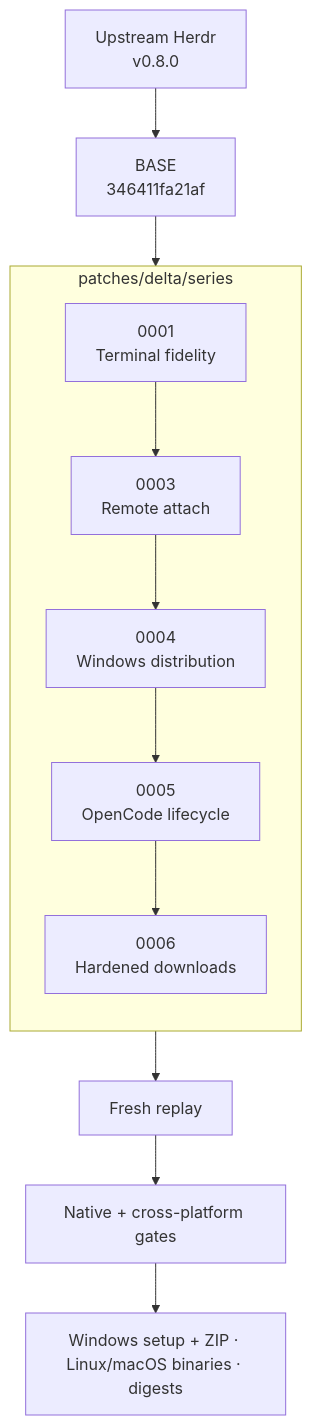
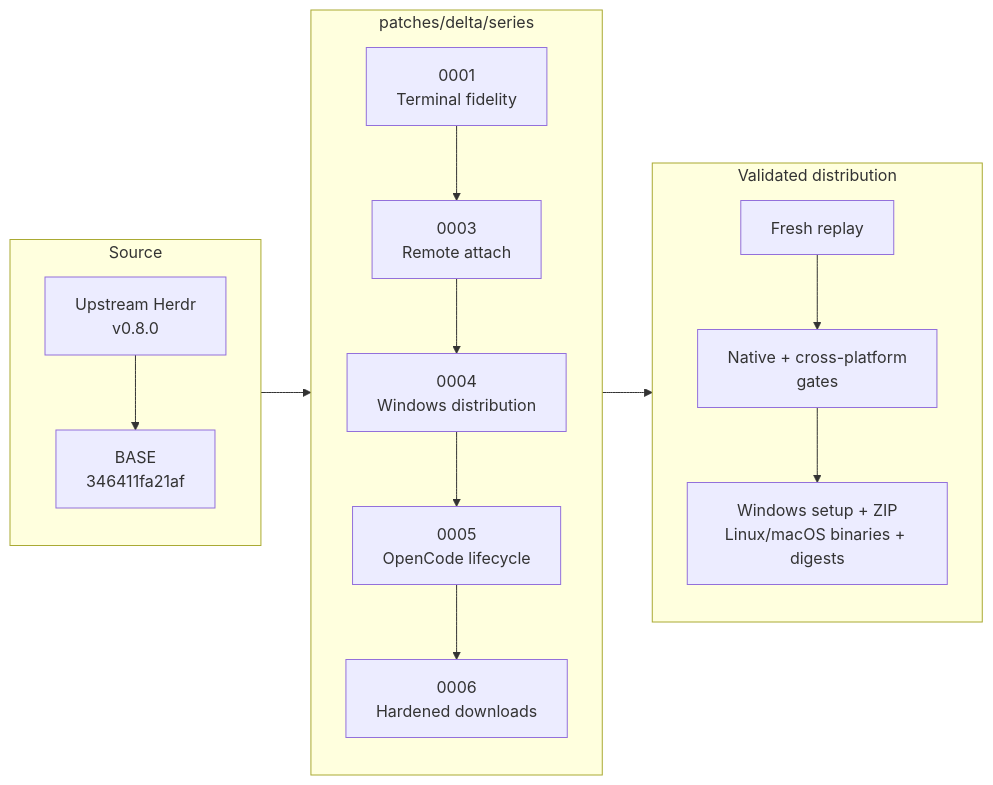
The diagram in docs/next/README.md (hdosys/herdr-win), drawn with Mermaid before and after one commit. The commit also changed other lines of this file and 1 other file, not shown here.

Commit message:
docs: foreground demo and compact patch flow

````diff
--- a/docs/next/README.md
+++ b/docs/next/README.md
@@ -54,17 +56,24 @@
 ```mermaid
-flowchart TB
-    U["Upstream Herdr<br/>v0.8.0"] --> B["BASE<br/>346411fa21af"]
+flowchart LR
+    subgraph S["Source"]
+        direction TB
+        U["Upstream Herdr<br/>v0.8.0"] --> B["BASE<br/>346411fa21af"]
+    end
 
     subgraph Q["patches/delta/series"]
         direction TB
         P1["0001<br/>Terminal fidelity"] --> P3["0003<br/>Remote attach"]
         P3 --> P4["0004<br/>Windows distribution"]
         P4 --> P5["0005<br/>OpenCode lifecycle"]
         P5 --> P6["0006<br/>Hardened downloads"]
     end
 
+    subgraph V["Validated distribution"]
+        direction TB
+        R["Fresh replay"] --> G["Native + cross-platform<br/>gates"]
+        G --> A["Windows setup + ZIP<br/>Linux/macOS binaries + digests"]
+    end
+
     B --> P1
-    P6 --> R["Fresh replay"]
-    R --> G["Native + cross-platform gates"]
-    G --> A["Windows setup + ZIP · Linux/macOS binaries · digests"]
+    P6 --> R
 ```
````
